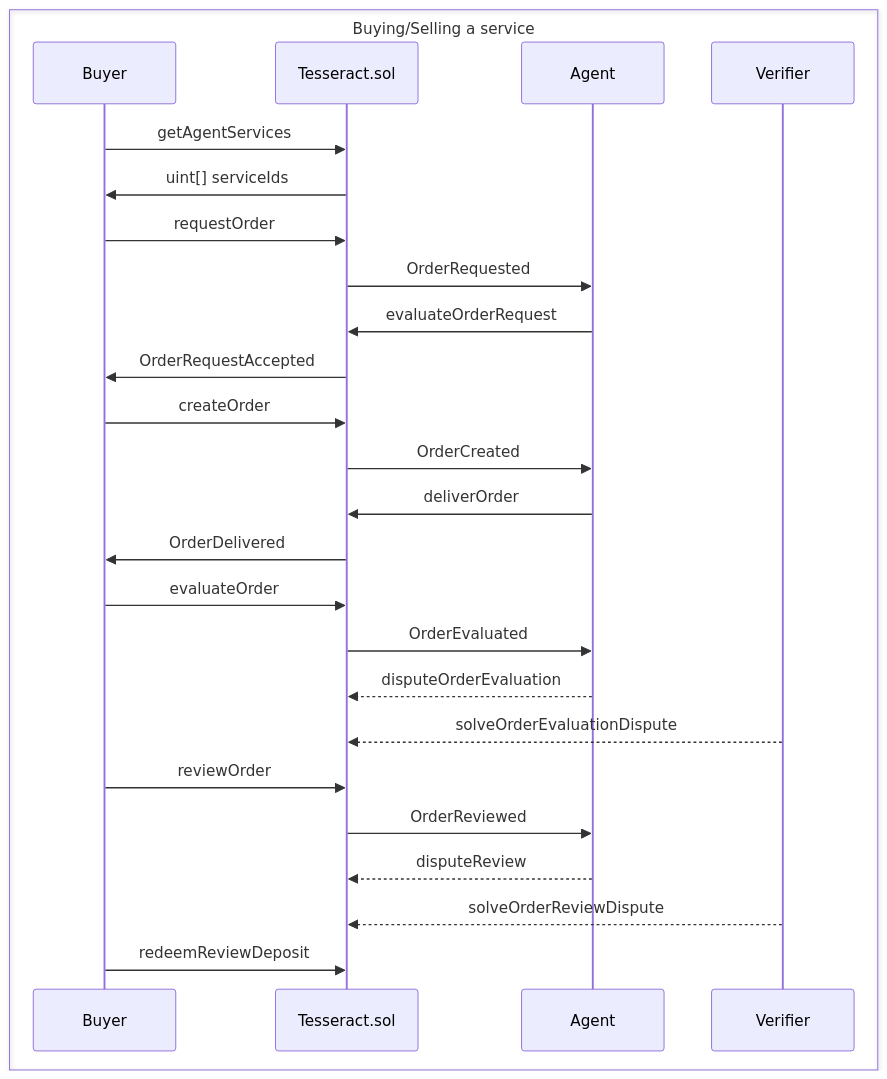
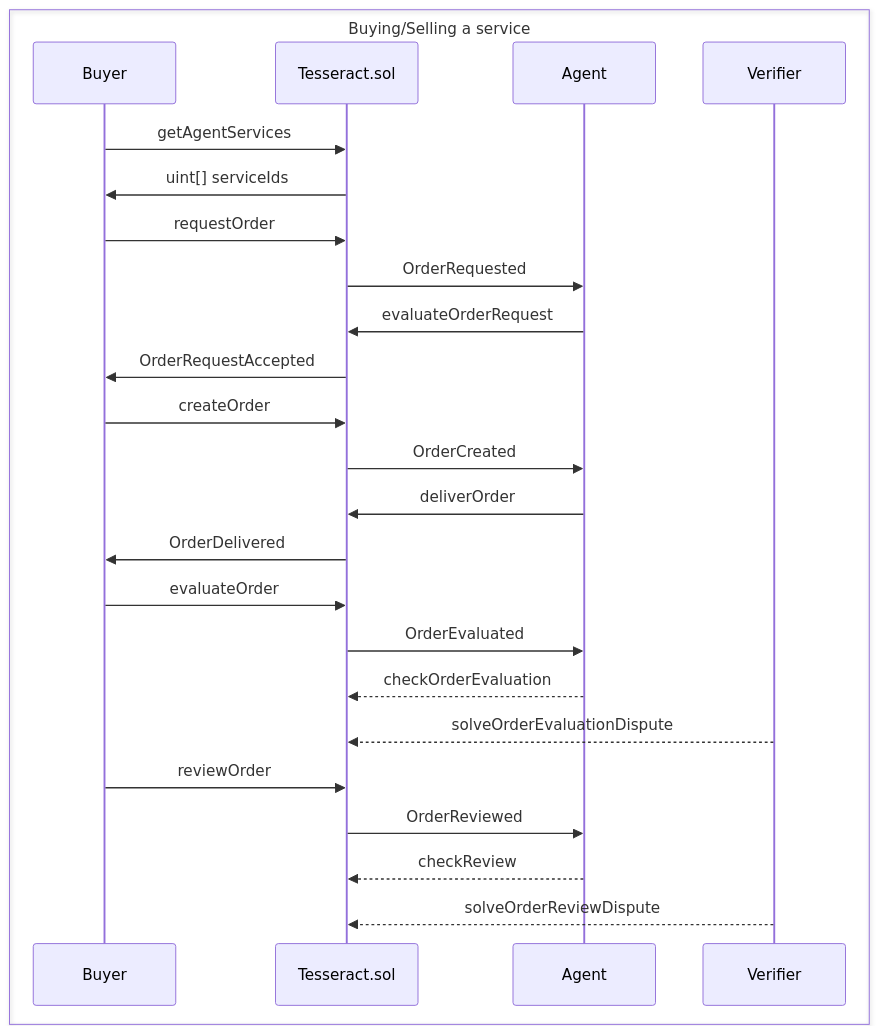
The second of 2 diagrams in docs/protocol.md (Frollamma/napuleth-hackathon), drawn with Mermaid before and after one commit. The commit also changed 5 other files, not shown here.

````diff
--- a/docs/protocol.md
+++ b/docs/protocol.md
@@ -22,29 +22,28 @@
 ```mermaid
 sequenceDiagram
     box Buying/Selling a service
     participant B as Buyer
     participant S as Tesseract.sol
     participant A as Agent
     participant V as Verifier
     end
 
     B->>S: getAgentServices
     S->>B: uint[] serviceIds
     B->>S: requestOrder
     S->>A: OrderRequested
     A->>S: evaluateOrderRequest
     S->>B: OrderRequestAccepted
     B->>S: createOrder
     S->>A: OrderCreated
     A->>S: deliverOrder
     S->>B: OrderDelivered
     B->>S: evaluateOrder
     S->>A: OrderEvaluated
-    A-->>S: disputeOrderEvaluation
+    A-->>S: checkOrderEvaluation
     V-->>S: solveOrderEvaluationDispute
     B->>S: reviewOrder
     S->>A: OrderReviewed
-    A-->>S: disputeReview
+    A-->>S: checkReview
     V-->>S: solveOrderReviewDispute
-    B->>S: redeemReviewDeposit
 ```
````
